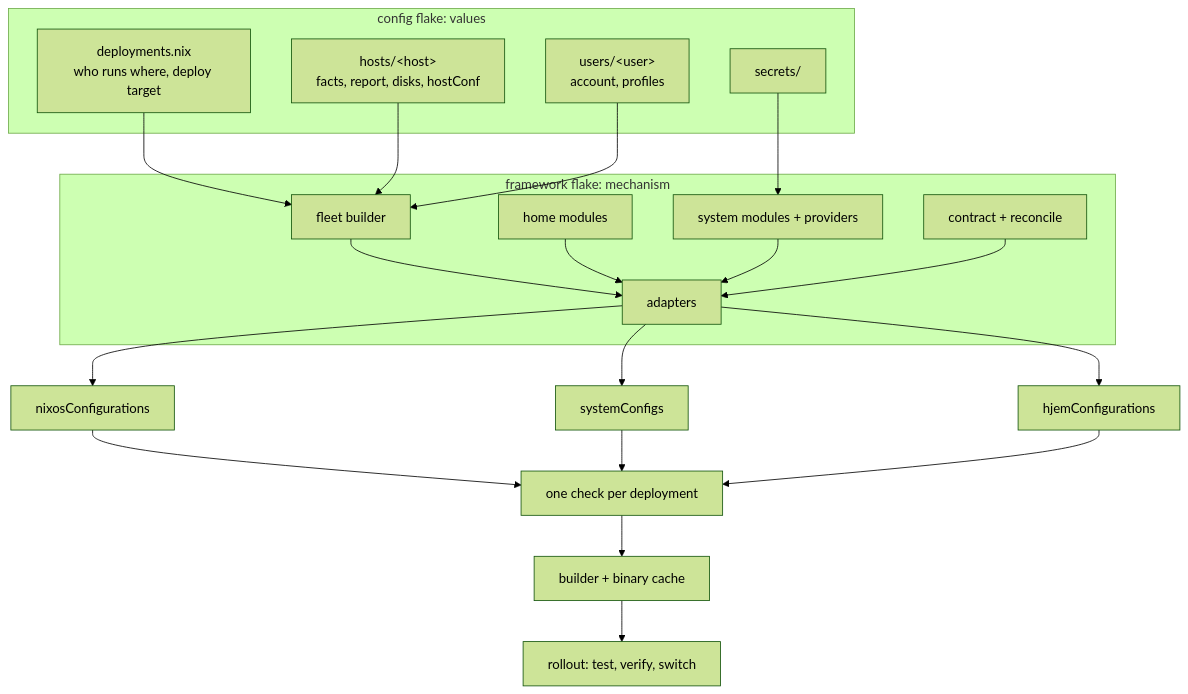
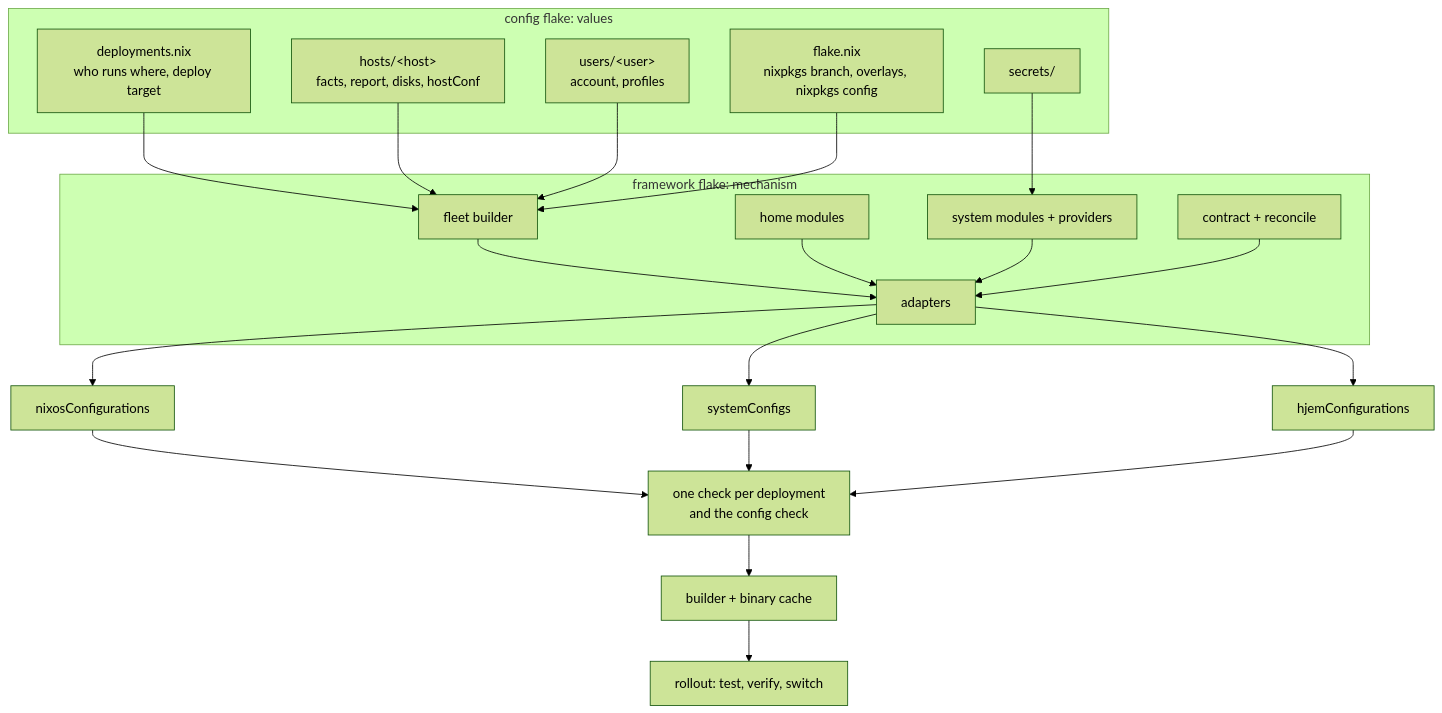
One commit to DoctorBlackZ33/nixos_setup changed the diagram in PLAN.md. Above: the diagram before and after it, drawn with Mermaid (forest theme). The commit also changed other lines of this file and 49 other files, not shown here.

First line of the commit message:
Accounts belong to the user, one package policy, updatable nixpkgs

````diff
--- a/PLAN.md
+++ b/PLAN.md
@@ -26,32 +34,34 @@
 ```mermaid
 flowchart TB
   subgraph Conf[config flake: values]
     INV[deployments.nix<br/>who runs where, deploy target]
     HOSTS[hosts/&lt;host&gt;<br/>facts, report, disks, hostConf]
     USERS[users/&lt;user&gt;<br/>account, profiles]
+    POL[flake.nix<br/>nixpkgs branch, overlays, nixpkgs config]
     SEC[secrets/]
   end
   subgraph Mod[framework flake: mechanism]
     FLEET[fleet builder]
     HOME[home modules]
     SYS[system modules + providers]
     CON[contract + reconcile]
     AD[adapters]
   end
   INV --> FLEET
   HOSTS --> FLEET
   USERS --> FLEET
+  POL --> FLEET
   FLEET --> AD
   HOME --> AD
   SYS --> AD
   CON --> AD
   SEC --> SYS
   AD --> N[nixosConfigurations]
   AD --> S[systemConfigs]
   AD --> H[hjemConfigurations]
-  N --> CHK[one check per deployment]
+  N --> CHK[one check per deployment<br/>and the config check]
   S --> CHK
   H --> CHK
   CHK --> CI[builder + binary cache]
   CI --> ROLL[rollout: test, verify, switch]
 ```
````
